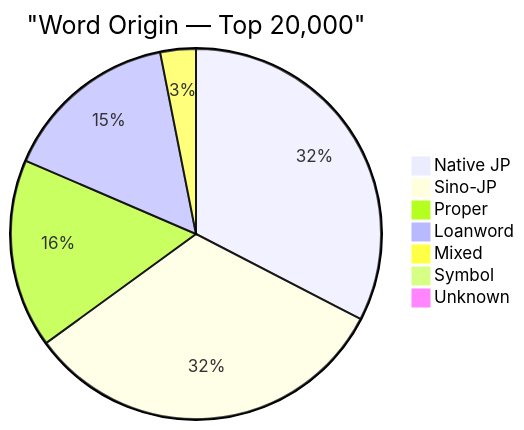
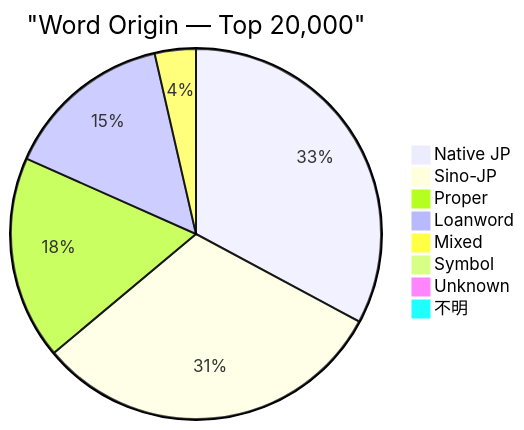
The eighth of 8 diagrams in data/CEJC/insights/vocab_tier_breakdown.md (PikaPikaGems/japanese-word-frequency), drawn with Mermaid before and after one commit. The commit also changed other lines of this file and 5 other files, not shown here.

````diff
--- a/data/CEJC/insights/vocab_tier_breakdown.md
+++ b/data/CEJC/insights/vocab_tier_breakdown.md
@@ -813,10 +815,11 @@
 ```mermaid
 pie title "Word Origin — Top 20,000"
-    "Native JP" : 4145.00
-    "Sino-JP" : 4121.00
-    "Proper" : 2096.00
-    "Loanword" : 1962.00
-    "Mixed" : 395.00
-    "Symbol" : 76.00
+    "Native JP" : 6417.00
+    "Sino-JP" : 6071.00
+    "Proper" : 3468.00
+    "Loanword" : 2883.00
+    "Mixed" : 701.00
+    "Symbol" : 133.00
     "Unknown" : 1.00
+    "不明" : 1.00
 ```
````
